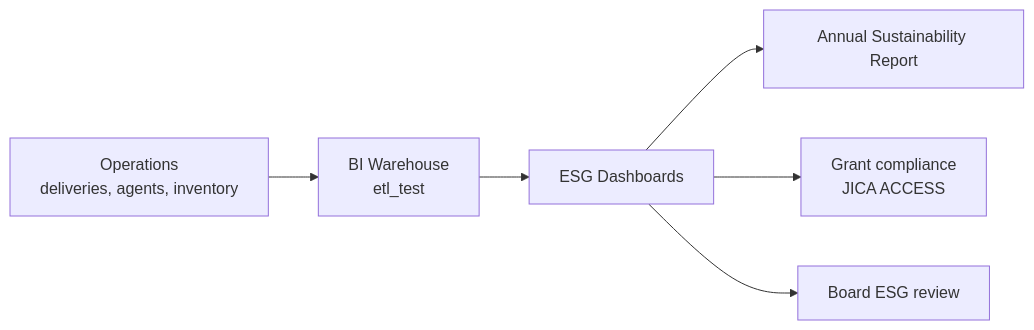
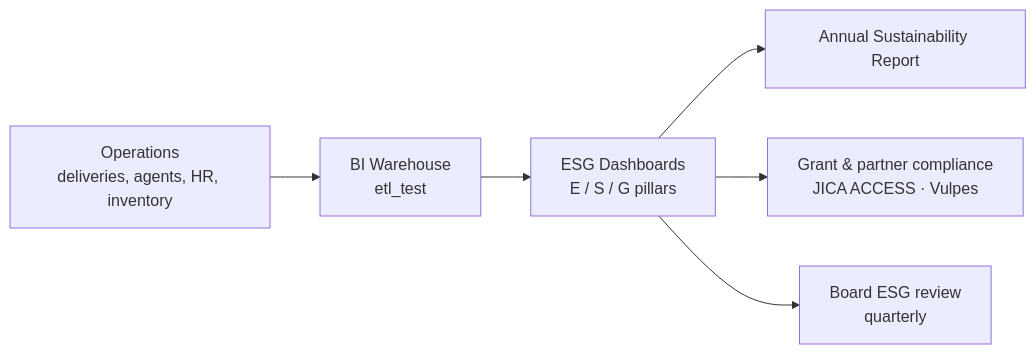
Before and after one commit to kaungmyatkyaw-cloud/docs-marathon-bi: the diagram in docs/sustainability.md, drawn with Mermaid. The commit also changed other lines of this file and 6 other files, not shown here.

````diff
--- a/docs/sustainability.md
+++ b/docs/sustainability.md
@@ -36,8 +101,8 @@
 ```mermaid
 graph LR
-    A["Operations<br/>deliveries, agents, inventory"] --> B["BI Warehouse<br/>etl_test"]
-    B --> C["ESG Dashboards"]
+    A["Operations<br/>deliveries, agents, HR, inventory"] --> B["BI Warehouse<br/>etl_test"]
+    B --> C["ESG Dashboards<br/>E / S / G pillars"]
     C --> D["Annual Sustainability Report"]
-    C --> E["Grant compliance<br/>JICA ACCESS"]
-    C --> F["Board ESG review"]
+    C --> E["Grant & partner compliance<br/>JICA ACCESS · Vulpes"]
+    C --> F["Board ESG review<br/>quarterly"]
 ```
````
